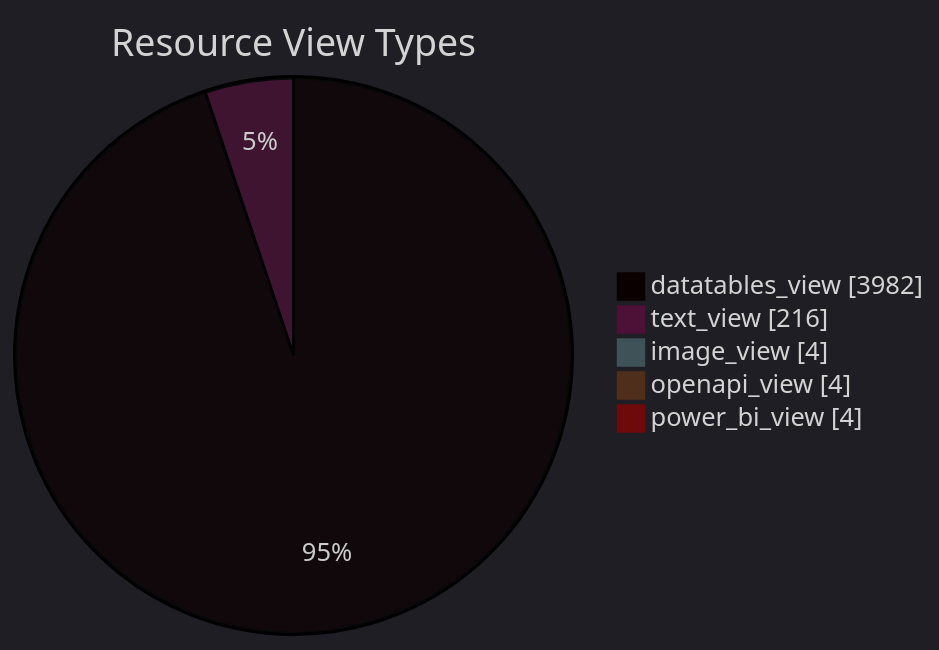
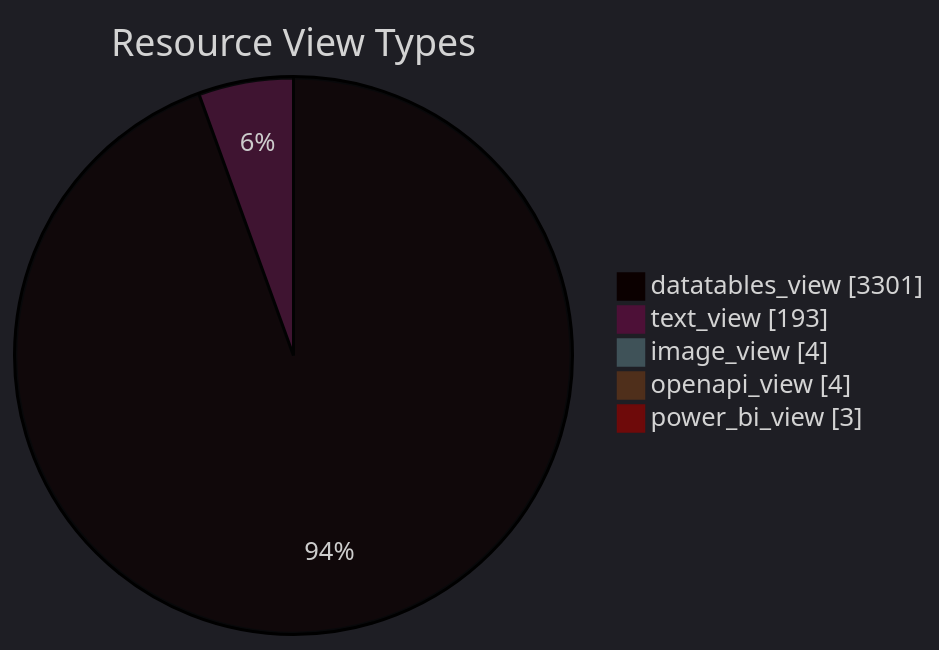
Before and after one commit to open-data/analytics-corporate-reporting: the diagram in datastore_tracker/resource_view_types_pie_chart.md, drawn with Mermaid. The commit also changed 12 other files, not shown here.

````diff
--- a/datastore_tracker/resource_view_types_pie_chart.md
+++ b/datastore_tracker/resource_view_types_pie_chart.md
@@ -2,12 +2,12 @@
 ```mermaid
 ---
 config:
   theme: dark
 ---
 pie showData title Resource View Types
-    "datatables_view": 3982
-    "text_view": 216
+    "datatables_view": 3301
+    "text_view": 193
     "image_view": 4
     "openapi_view": 4
-    "power_bi_view": 4
+    "power_bi_view": 3
 ```
````
